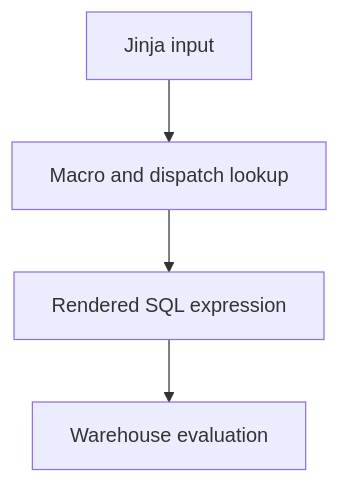
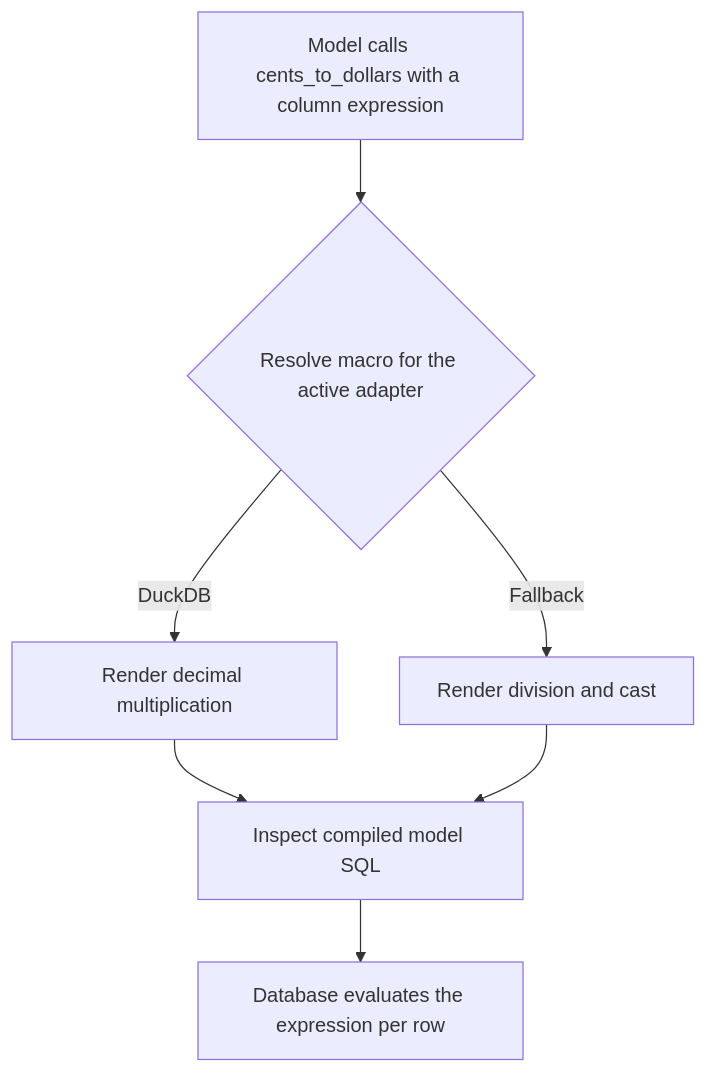
The diagram in docs/lessons/0014-macros-jinja-and-dispatch.md (Rohit1024/dbt-learn), drawn with Mermaid before and after one commit. The commit also changed other lines of this file and 4 other files, not shown here.

````diff
--- a/docs/lessons/0014-macros-jinja-and-dispatch.md
+++ b/docs/lessons/0014-macros-jinja-and-dispatch.md
@@ -7,8 +7,9 @@
 ```mermaid
 flowchart TD
-    A["Jinja input"]
-    B["Macro and dispatch lookup"]
-    C["Rendered SQL expression"]
-    D["Warehouse evaluation"]
-    A --> B --> C --> D
+    A["Model calls cents_to_dollars with a column expression"] --> B{"Resolve macro for the active adapter"}
+    B -->|DuckDB| C["Render decimal multiplication"]
+    B -->|Fallback| D["Render division and cast"]
+    C --> E["Inspect compiled model SQL"]
+    D --> E
+    E --> F["Database evaluates the expression per row"]
 ```
````
